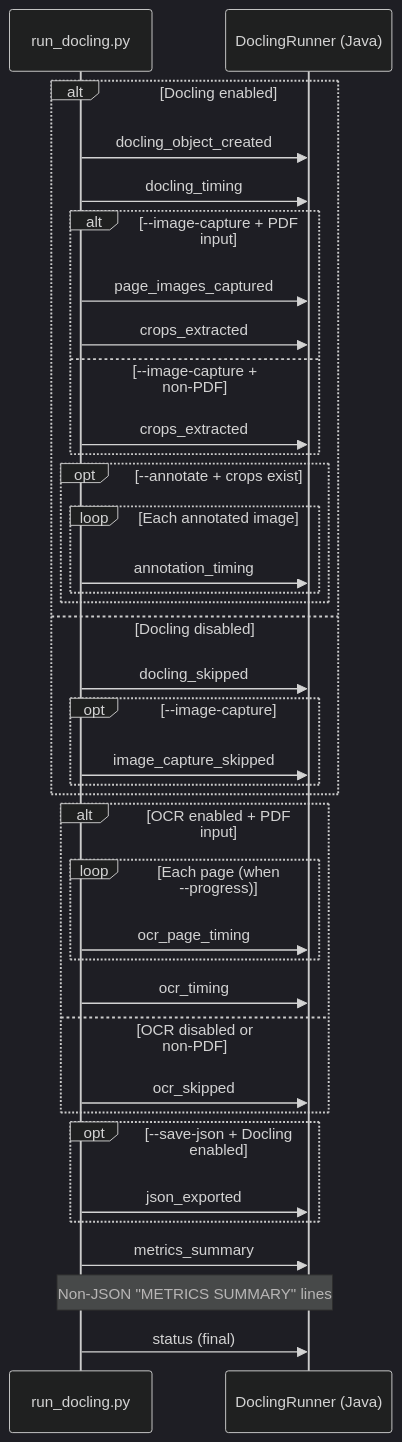
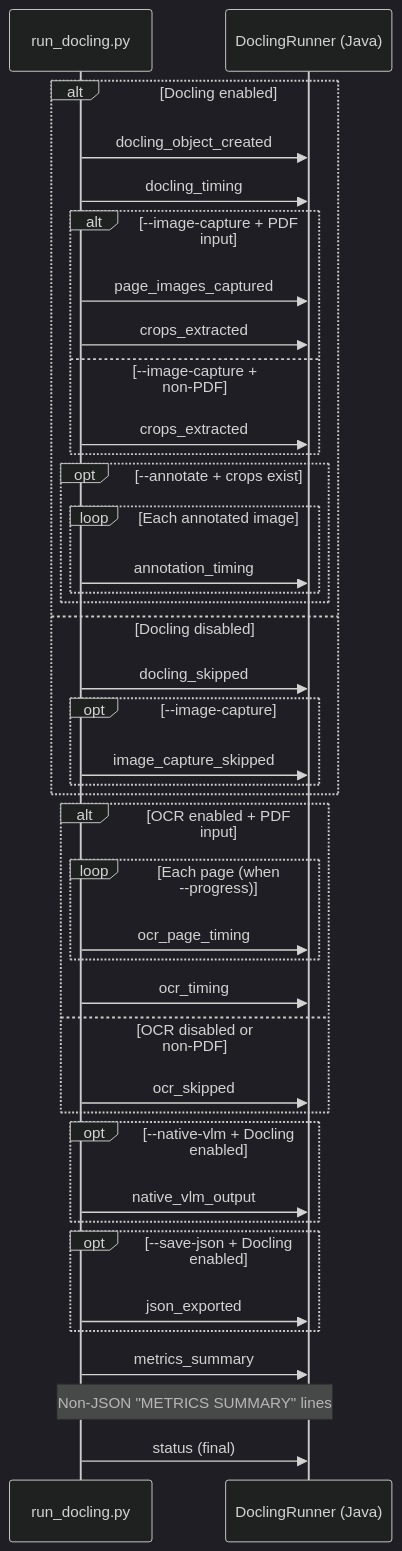
Before and after one commit to toribiodiego/estructura: the diagram in docs/runner-protocol.md, drawn with Mermaid. The commit also changed other lines of this file and 1 other file, not shown here.

First line of the commit message:
feat: enable native docling picture description in python runner

````diff
--- a/docs/runner-protocol.md
+++ b/docs/runner-protocol.md
@@ -21,44 +21,47 @@
 ```mermaid
 %%{init: {'theme':'dark'}}%%
 sequenceDiagram
     participant R as run_docling.py
     participant J as DoclingRunner (Java)
 
     alt Docling enabled
         R->>J: docling_object_created
         R->>J: docling_timing
         alt --image-capture + PDF input
             R->>J: page_images_captured
             R->>J: crops_extracted
         else --image-capture + non-PDF
             R->>J: crops_extracted
         end
         opt --annotate + crops exist
             loop Each annotated image
                 R->>J: annotation_timing
             end
         end
     else Docling disabled
         R->>J: docling_skipped
         opt --image-capture
             R->>J: image_capture_skipped
         end
     end
 
     alt OCR enabled + PDF input
         loop Each page (when --progress)
             R->>J: ocr_page_timing
         end
         R->>J: ocr_timing
     else OCR disabled or non-PDF
         R->>J: ocr_skipped
     end
 
+    opt --native-vlm + Docling enabled
+        R->>J: native_vlm_output
+    end
     opt --save-json + Docling enabled
         R->>J: json_exported
     end
 
     R->>J: metrics_summary
     Note over R,J: Non-JSON "METRICS SUMMARY" lines
     R->>J: status (final)
 ```
````
